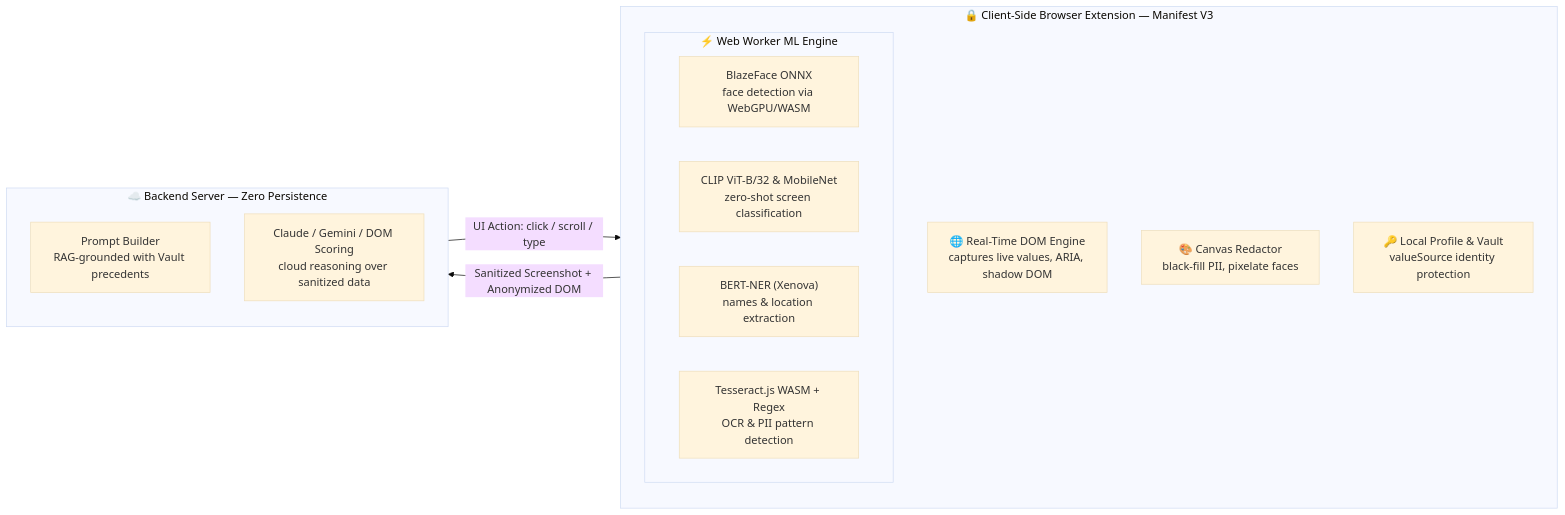
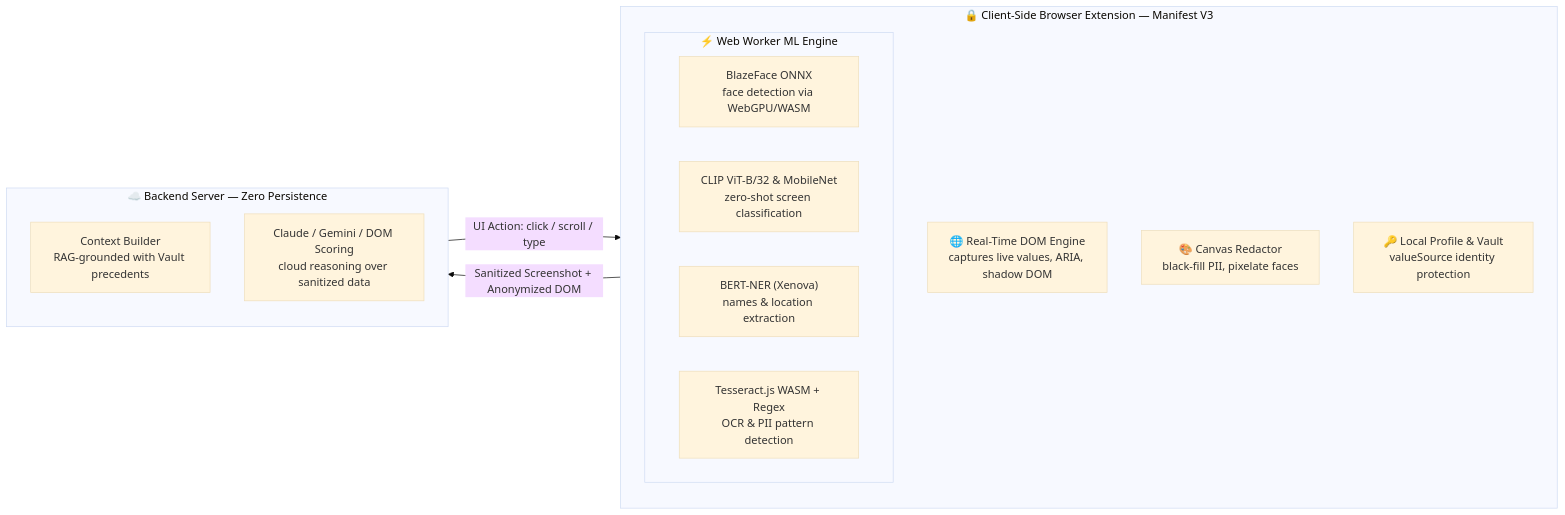
The third of 4 diagrams in README.md (annujjguptaa-cpu/Betaal), drawn with Mermaid (base theme) before and after one commit. The commit also changed other lines of this file and 14 other files, not shown here.

````diff
--- a/README.md
+++ b/README.md
@@ -112,26 +112,26 @@
 ```mermaid
 flowchart LR
     subgraph Client["🔒 Client-Side Browser Extension — Manifest V3"]
         direction TB
         DOM["🌐 Real-Time DOM Engine<br/>captures live values, ARIA, shadow DOM"]
         
         subgraph ML["⚡ Web Worker ML Engine"]
             BlazeFace["BlazeFace ONNX<br/>face detection via WebGPU/WASM"]
             ViT["CLIP ViT-B/32 & MobileNet<br/>zero-shot screen classification"]
             NER["BERT-NER (Xenova)<br/>names & location extraction"]
             OCR["Tesseract.js WASM + Regex<br/>OCR & PII pattern detection"]
         end
         
         Redact["🎨 Canvas Redactor<br/>black-fill PII, pixelate faces"]
         Store["🔑 Local Profile & Vault<br/>valueSource identity protection"]
     end
 
     subgraph Server["☁️ Backend Server — Zero Persistence"]
         direction TB
-        Prompt["Prompt Builder<br/>RAG-grounded with Vault precedents"]
+        ContextEngine["Context Builder<br/>RAG-grounded with Vault precedents"]
         VLM["Claude / Gemini / DOM Scoring<br/>cloud reasoning over sanitized data"]
     end
 
     Client -- "Sanitized Screenshot + Anonymized DOM" --> Server
     Server -- "UI Action: click / scroll / type" --> Client
 ```
````
